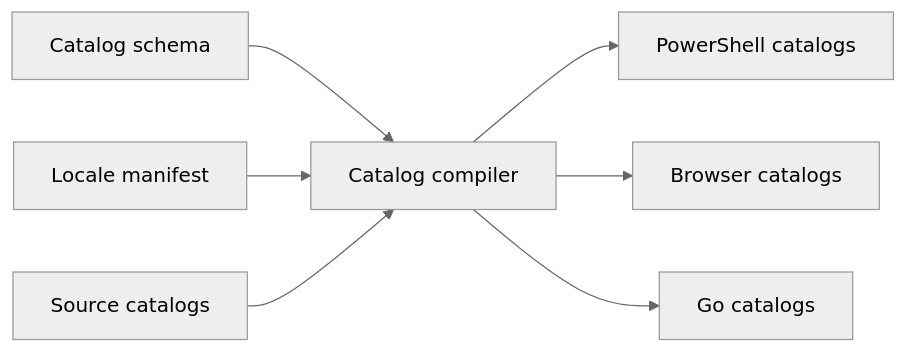
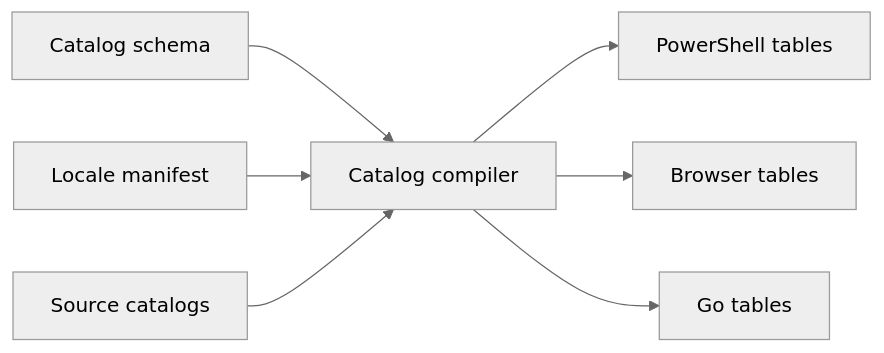
One commit to alissonsol/yuruna changed the second of 5 diagrams in docs/design/07-globalization.md. Above: the diagram before and after it, drawn with Mermaid (neutral theme). The commit also changed other lines of this file and 763 other files, not shown here.

````diff
--- a/docs/design/07-globalization.md
+++ b/docs/design/07-globalization.md
@@ -59,9 +43,9 @@
 ```mermaid
 flowchart LR
-    catalog-schema["Catalog schema"] --> invoke-catalog-compile["Catalog compiler"]
-    locale-manifest["Locale manifest"] --> invoke-catalog-compile
-    source-catalogs["Source catalogs"] --> invoke-catalog-compile
-    invoke-catalog-compile --> powershell-catalogs["PowerShell catalogs"]
-    invoke-catalog-compile --> browser-catalogs["Browser catalogs"]
-    invoke-catalog-compile --> go-catalogs["Go catalogs"]
+    catalog-schema-json["Catalog schema"] --> invoke-catalog-compile-ps1["Catalog compiler"]
+    locale-manifest-json["Locale manifest"] --> invoke-catalog-compile-ps1
+    catalogs-en-us["Source catalogs"] --> invoke-catalog-compile-ps1
+    invoke-catalog-compile-ps1 --> generated-powershell["PowerShell tables"]
+    invoke-catalog-compile-ps1 --> generated-browser["Browser tables"]
+    invoke-catalog-compile-ps1 --> generated-go["Go tables"]
 ```
````
